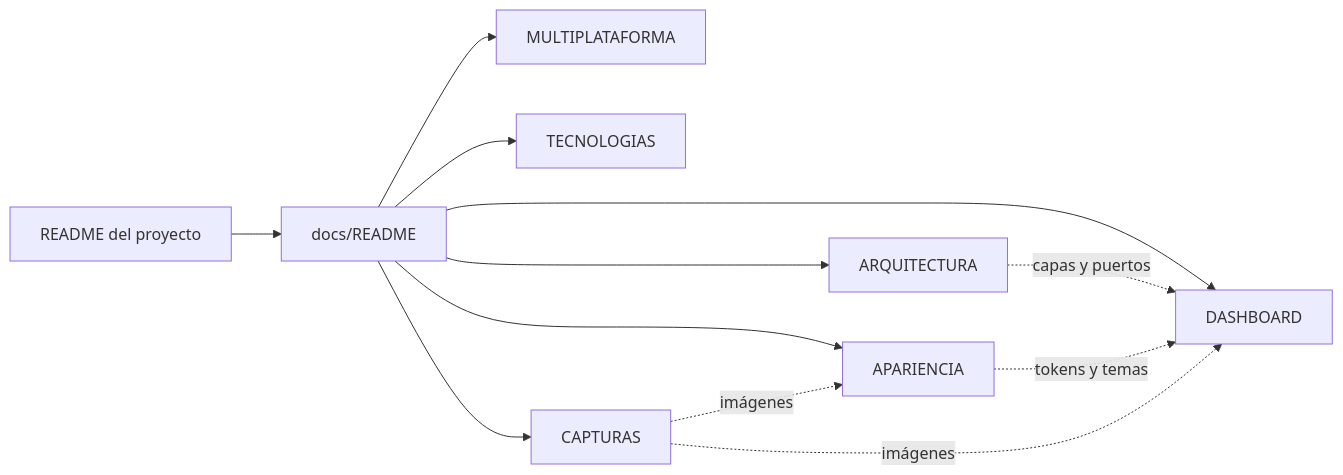
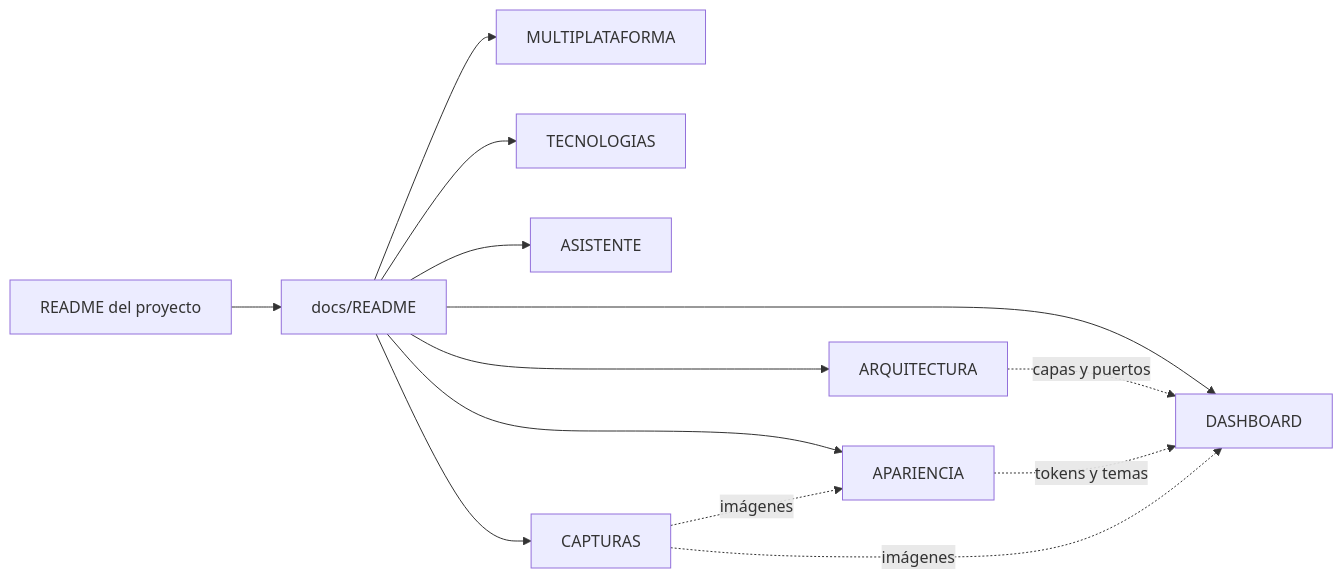
Before and after one commit to DEIMER-PY/gestion-db-jardineria: the diagram in docs/README.md, drawn with Mermaid. The commit also changed other lines of this file and 8 other files, not shown here.

````diff
--- a/docs/README.md
+++ b/docs/README.md
@@ -22,14 +23,15 @@
 ```mermaid
 flowchart LR
     R[README del proyecto] --> D[docs/README]
     D --> MP[MULTIPLATAFORMA]
     D --> A[ARQUITECTURA]
     D --> T[TECNOLOGIAS]
     D --> P[DASHBOARD]
     D --> V[APARIENCIA]
+    D --> AS[ASISTENTE]
     D --> C[CAPTURAS]
     A -. capas y puertos .-> P
     V -. tokens y temas .-> P
     C -. imágenes .-> P
     C -. imágenes .-> V
 ```
````
